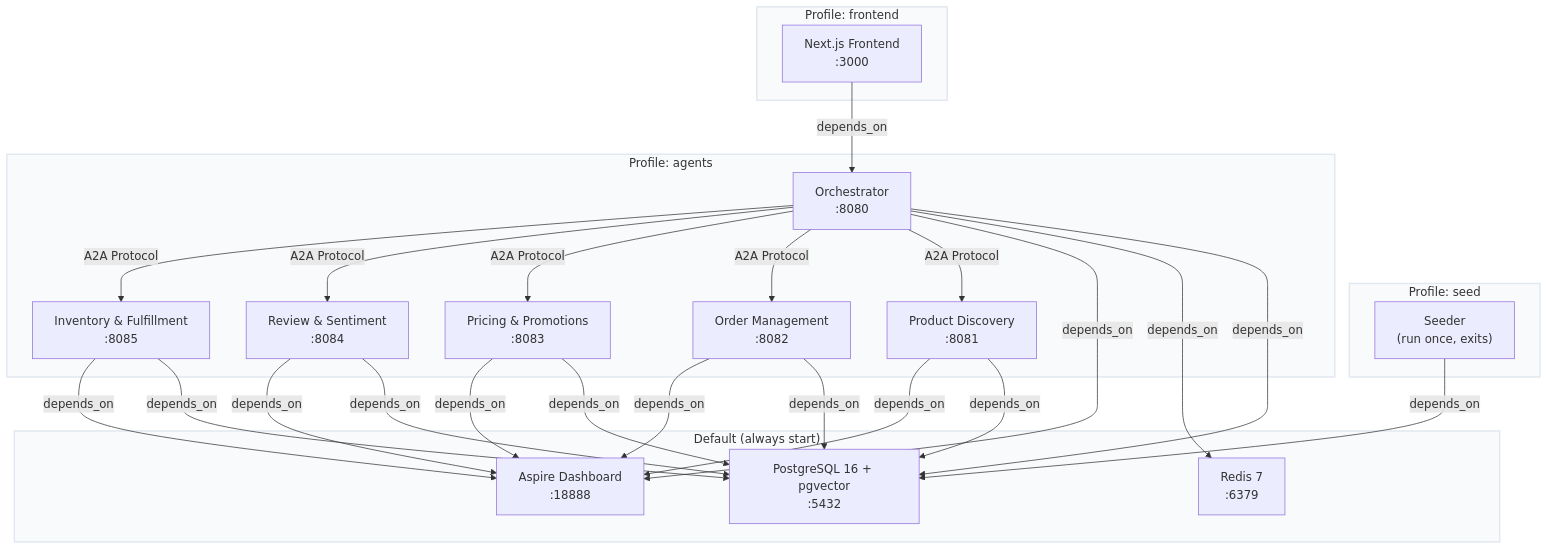
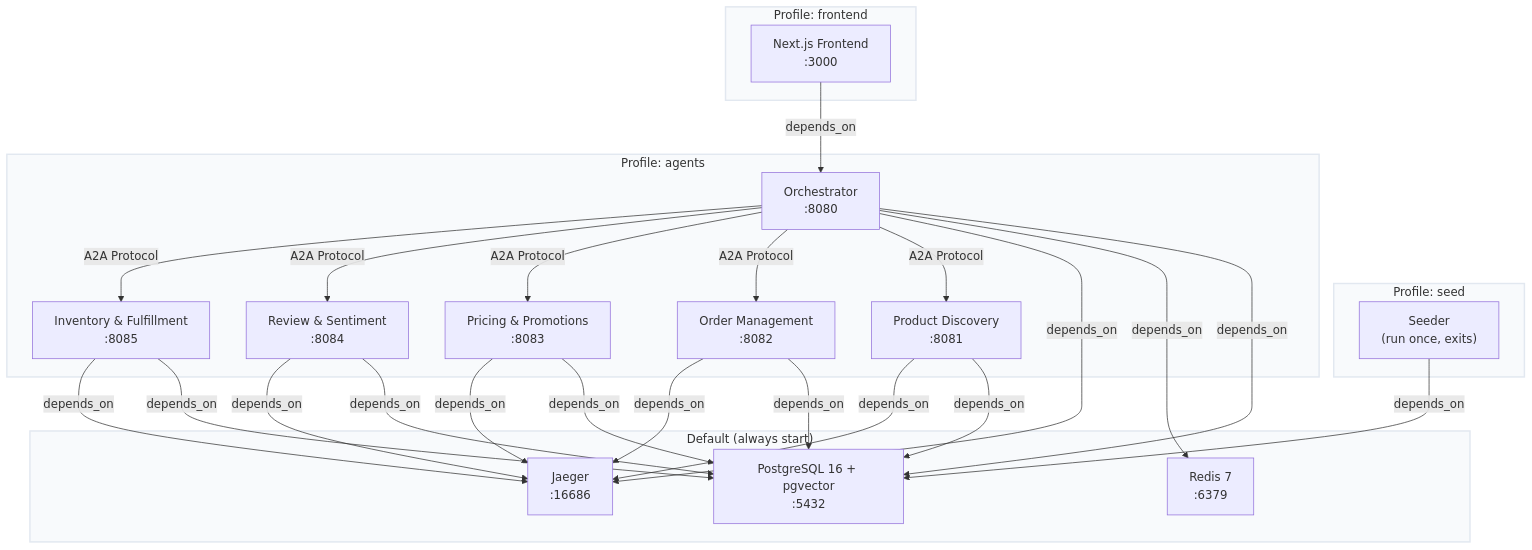
The first of 2 diagrams in docs/deployment.md (s1encisi/reliable-commerce-agents), drawn with Mermaid before and after one commit. The commit also changed other lines of this file and 1033 other files, not shown here.

````diff
--- a/docs/deployment.md
+++ b/docs/deployment.md
@@ -25,51 +25,51 @@
 ```mermaid
 graph TB
     subgraph defaultGroup["Default (always start)"]
         style defaultGroup fill:#f8fafc,stroke:#e2e8f0,stroke-width:2px
         db["PostgreSQL 16 + pgvector<br/>:5432"]
         redis["Redis 7<br/>:6379"]
-        aspire["Aspire Dashboard<br/>:18888"]
+        jaeger["Jaeger<br/>:16686"]
     end
 
     subgraph seed["Profile: seed"]
         style seed fill:#f8fafc,stroke:#e2e8f0,stroke-width:2px
         seeder["Seeder<br/>(run once, exits)"]
     end
 
     subgraph agents["Profile: agents"]
         style agents fill:#f8fafc,stroke:#e2e8f0,stroke-width:2px
         orchestrator["Orchestrator<br/>:8080"]
         product["Product Discovery<br/>:8081"]
         order["Order Management<br/>:8082"]
         pricing["Pricing & Promotions<br/>:8083"]
         review["Review & Sentiment<br/>:8084"]
         inventory["Inventory & Fulfillment<br/>:8085"]
     end
 
     subgraph frontend_profile["Profile: frontend"]
         style frontend_profile fill:#f8fafc,stroke:#e2e8f0,stroke-width:2px
         frontend["Next.js Frontend<br/>:3000"]
     end
 
     seeder -->|depends_on| db
     orchestrator -->|depends_on| db
     orchestrator -->|depends_on| redis
-    orchestrator -->|depends_on| aspire
+    orchestrator -->|depends_on| jaeger
     product -->|depends_on| db
-    product -->|depends_on| aspire
+    product -->|depends_on| jaeger
     order -->|depends_on| db
-    order -->|depends_on| aspire
+    order -->|depends_on| jaeger
     pricing -->|depends_on| db
-    pricing -->|depends_on| aspire
+    pricing -->|depends_on| jaeger
     review -->|depends_on| db
-    review -->|depends_on| aspire
+    review -->|depends_on| jaeger
     inventory -->|depends_on| db
-    inventory -->|depends_on| aspire
+    inventory -->|depends_on| jaeger
     frontend -->|depends_on| orchestrator
 
     orchestrator -- "A2A Protocol" --> product
     orchestrator -- "A2A Protocol" --> order
     orchestrator -- "A2A Protocol" --> pricing
     orchestrator -- "A2A Protocol" --> review
     orchestrator -- "A2A Protocol" --> inventory
 ```
````
